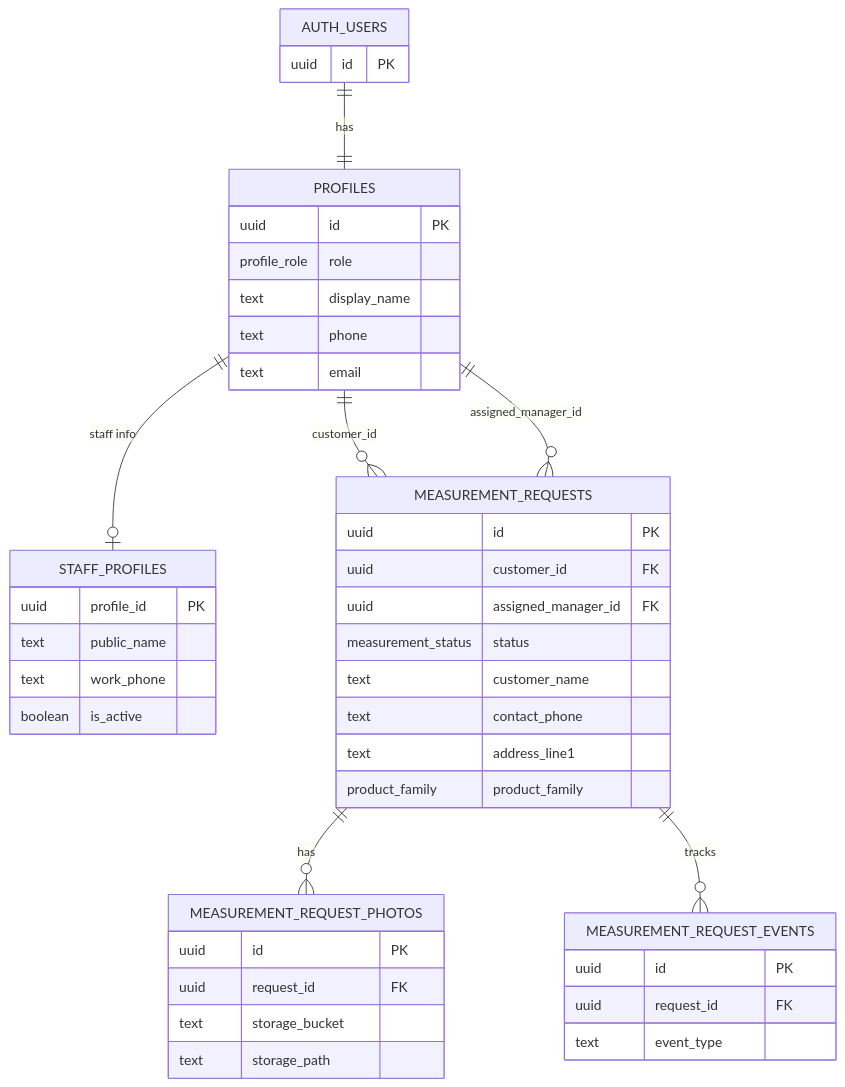
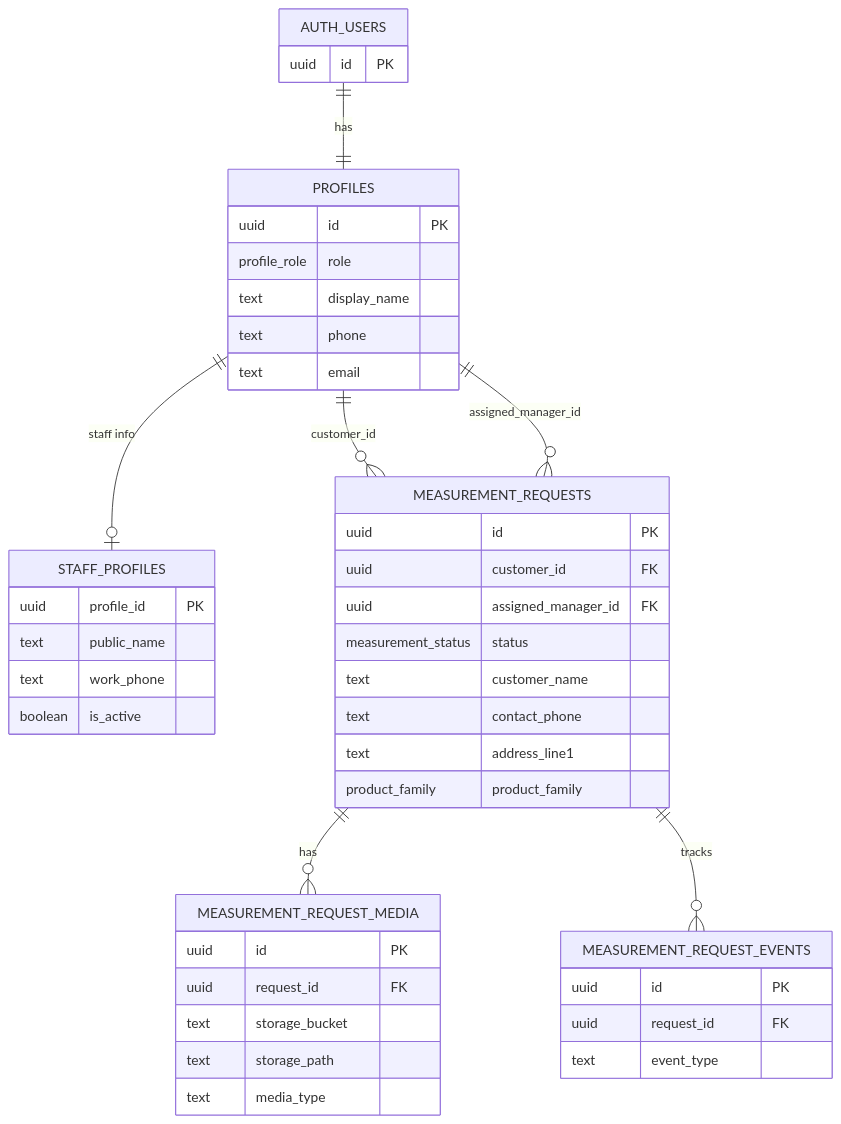
Before and after one commit to westgeneraldoor/munjanggun: the diagram in docs/platform/PLATFORM_DB_RBAC_DESIGN.md, drawn with Mermaid. The commit also changed other lines of this file and 11 other files, not shown here.

````diff
--- a/docs/platform/PLATFORM_DB_RBAC_DESIGN.md
+++ b/docs/platform/PLATFORM_DB_RBAC_DESIGN.md
@@ -349,47 +359,48 @@
 ```mermaid
 erDiagram
     AUTH_USERS ||--|| PROFILES : "has"
     PROFILES ||--o| STAFF_PROFILES : "staff info"
     PROFILES ||--o{ MEASUREMENT_REQUESTS : "customer_id"
     PROFILES ||--o{ MEASUREMENT_REQUESTS : "assigned_manager_id"
-    MEASUREMENT_REQUESTS ||--o{ MEASUREMENT_REQUEST_PHOTOS : "has"
+    MEASUREMENT_REQUESTS ||--o{ MEASUREMENT_REQUEST_MEDIA : "has"
     MEASUREMENT_REQUESTS ||--o{ MEASUREMENT_REQUEST_EVENTS : "tracks"
 
     AUTH_USERS {
       uuid id PK
     }
     PROFILES {
       uuid id PK
       profile_role role
       text display_name
       text phone
       text email
     }
     STAFF_PROFILES {
       uuid profile_id PK
       text public_name
       text work_phone
       boolean is_active
     }
     MEASUREMENT_REQUESTS {
       uuid id PK
       uuid customer_id FK
       uuid assigned_manager_id FK
       measurement_status status
       text customer_name
       text contact_phone
       text address_line1
       product_family product_family
     }
-    MEASUREMENT_REQUEST_PHOTOS {
+    MEASUREMENT_REQUEST_MEDIA {
       uuid id PK
       uuid request_id FK
       text storage_bucket
       text storage_path
+      text media_type
     }
     MEASUREMENT_REQUEST_EVENTS {
       uuid id PK
       uuid request_id FK
       text event_type
     }
 ```
````
